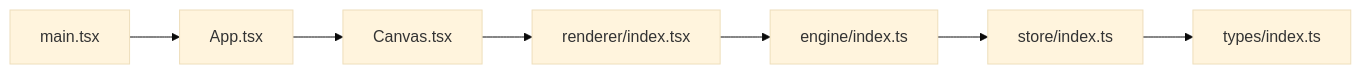
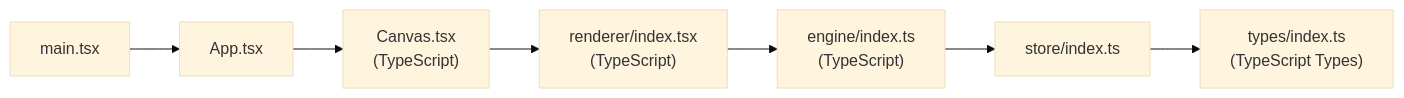
One commit to Anna0314zy/ai_editor_enginer changed the eighth of 8 diagrams in .qoder/repowiki/en/content/Rendering System/Rendering System.md. Above: the diagram before and after it, drawn with Mermaid (base theme). The commit also changed other lines of this file and 10 other files, not shown here.

````diff
--- a/.qoder/repowiki/en/content/Rendering System/Rendering System.md
+++ b/.qoder/repowiki/en/content/Rendering System/Rendering System.md
@@ -292,9 +292,9 @@
 ```mermaid
 graph LR
 MAIN["main.tsx"] --> APP["App.tsx"]
-APP --> CANVAS["Canvas.tsx"]
-CANVAS --> RENDERER["renderer/index.tsx"]
-RENDERER --> ENGINE["engine/index.ts"]
+APP --> CANVAS["Canvas.tsx<br/>(TypeScript)"]
+CANVAS --> RENDERER["renderer/index.tsx<br/>(TypeScript)"]
+RENDERER --> ENGINE["engine/index.ts<br/>(TypeScript)"]
 ENGINE --> STORE["store/index.ts"]
-STORE --> TYPES["types/index.ts"]
+STORE --> TYPES["types/index.ts<br/>(TypeScript Types)"]
 ```
````
